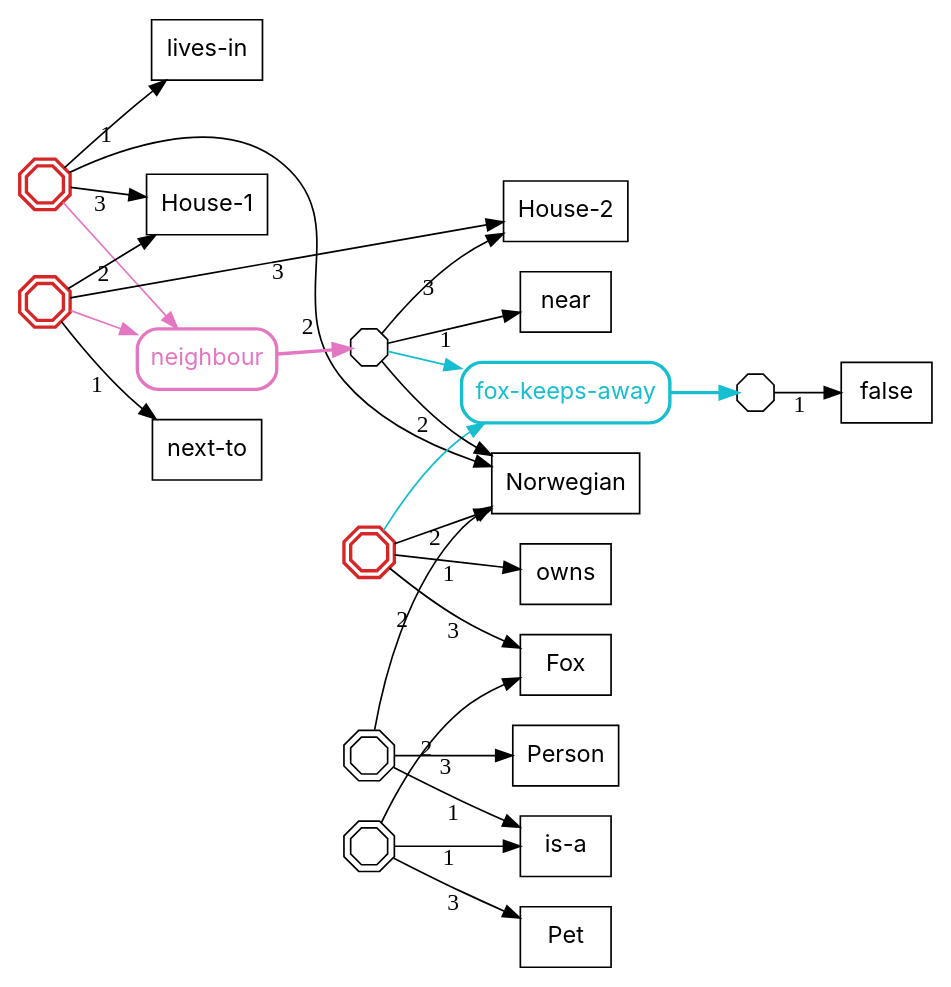
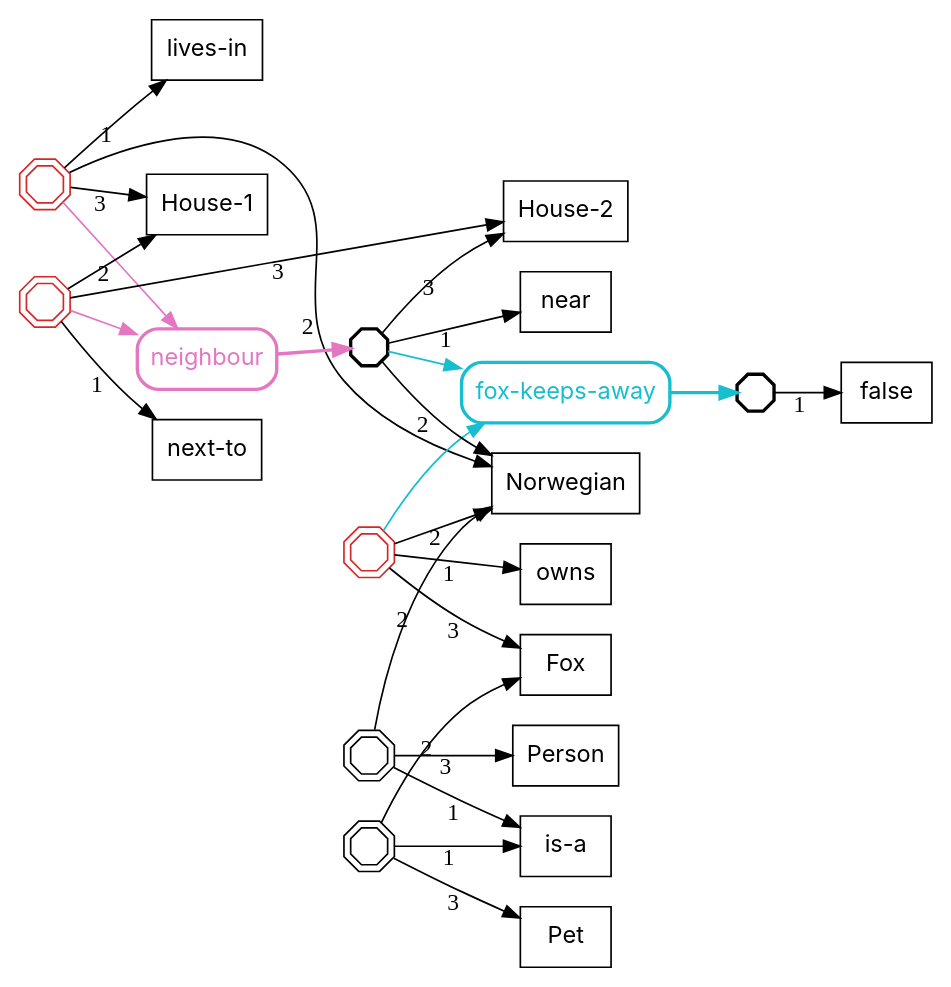
One commit to agutikov/ein changed the diagram in docs/ein/reasoning/02-kb-evolution/diagrams/09-core-in-derivation.dot. Above: the diagram before and after it, drawn with Graphviz. The commit also changed 4 other files, not shown here.

```diff
--- a/docs/ein/reasoning/02-kb-evolution/diagrams/09-core-in-derivation.dot
+++ b/docs/ein/reasoning/02-kb-evolution/diagrams/09-core-in-derivation.dot
@@ -1,39 +1,39 @@
 digraph core_in_derivation {
   rankdir=LR;
   node [fontname="Inter", shape=box];
   ranksep=0.55;
-  "f_ba78d8e6bc" [shape=octagon, label="", width=0.3, height=0.3, fixedsize=true, peripheries=2, color="#d62728", penwidth=2];
-  "f_203bb25e0e" [shape=octagon, label="", width=0.3, height=0.3, fixedsize=true, peripheries=2, color="#d62728", penwidth=2];
-  "f_e42df9f04f" [shape=octagon, label="", width=0.3, height=0.3, fixedsize=true, peripheries=2, color="#d62728", penwidth=2];
+  "f_ba78d8e6bc" [shape=octagon, label="", width=0.3, height=0.3, fixedsize=true, peripheries=2, color="#d62728"];
+  "f_203bb25e0e" [shape=octagon, label="", width=0.3, height=0.3, fixedsize=true, peripheries=2, color="#d62728"];
+  "f_e42df9f04f" [shape=octagon, label="", width=0.3, height=0.3, fixedsize=true, peripheries=2, color="#d62728"];
   "g1" [shape=octagon, label="", width=0.3, height=0.3, fixedsize=true, peripheries=2];
   "g2" [shape=octagon, label="", width=0.3, height=0.3, fixedsize=true, peripheries=2];
-  "f_cb1915def2" [shape=octagon, label="", width=0.3, height=0.3, fixedsize=true];
-  "f_a1f94f5b63" [shape=octagon, label="", width=0.3, height=0.3, fixedsize=true];
+  "f_cb1915def2" [shape=octagon, label="", width=0.3, height=0.3, fixedsize=true, penwidth=2];
+  "f_a1f94f5b63" [shape=octagon, label="", width=0.3, height=0.3, fixedsize=true, penwidth=2];
   "fire0_neighbour" [shape=box, style="rounded,bold", color="#e377c2", fontcolor="#e377c2", label="neighbour"];
   "fire0_fox-keeps-away" [shape=box, style="rounded,bold", color="#17becf", fontcolor="#17becf", label="fox-keeps-away"];
   "f_ba78d8e6bc" -> "lives-in" [xlabel="1"];
   "f_ba78d8e6bc" -> "Norwegian" [xlabel="2"];
   "f_ba78d8e6bc" -> "House-1" [xlabel="3"];
   "f_203bb25e0e" -> "next-to" [xlabel="1"];
   "f_203bb25e0e" -> "House-1" [xlabel="2"];
   "f_203bb25e0e" -> "House-2" [xlabel="3"];
   "f_e42df9f04f" -> "owns" [xlabel="1"];
   "f_e42df9f04f" -> "Norwegian" [xlabel="2"];
   "f_e42df9f04f" -> "Fox" [xlabel="3"];
   "g1" -> "is-a" [xlabel="1"];
   "g1" -> "Norwegian" [xlabel="2"];
   "g1" -> "Person" [xlabel="3"];
   "g2" -> "is-a" [xlabel="1"];
   "g2" -> "Fox" [xlabel="2"];
   "g2" -> "Pet" [xlabel="3"];
   "f_cb1915def2" -> "near" [xlabel="1"];
   "f_cb1915def2" -> "Norwegian" [xlabel="2"];
   "f_cb1915def2" -> "House-2" [xlabel="3"];
   "f_a1f94f5b63" -> "false" [xlabel="1"];
   "f_ba78d8e6bc" -> "fire0_neighbour" [color="#e377c2"];
   "f_203bb25e0e" -> "fire0_neighbour" [color="#e377c2"];
   "fire0_neighbour" -> "f_cb1915def2" [color="#e377c2", style=bold];
   "f_e42df9f04f" -> "fire0_fox-keeps-away" [color="#17becf"];
   "f_cb1915def2" -> "fire0_fox-keeps-away" [color="#17becf"];
   "fire0_fox-keeps-away" -> "f_a1f94f5b63" [color="#17becf", style=bold];
 }
```
